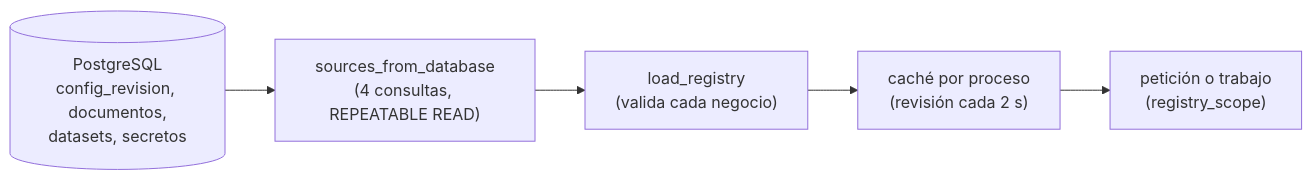
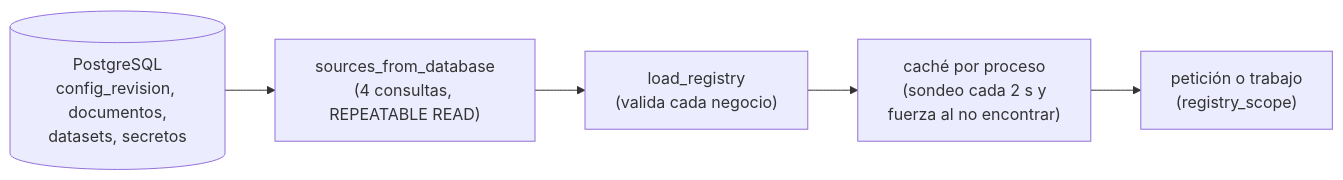
One commit to MarianodelRio/autobot changed the diagram in docs/arquitectura/config-y-registro.md. Above: the diagram before and after it, drawn with Mermaid. The commit also changed other lines of this file and 22 other files, not shown here.

````diff
--- a/docs/arquitectura/config-y-registro.md
+++ b/docs/arquitectura/config-y-registro.md
@@ -60,9 +65,9 @@
 ```mermaid
 flowchart LR
     DB[("PostgreSQL<br/>config_revision, documentos,<br/>datasets, secretos")]
     S["sources_from_database<br/>(4 consultas, REPEATABLE READ)"]
     R["load_registry<br/>(valida cada negocio)"]
-    C["caché por proceso<br/>(revisión cada 2 s)"]
+    C["caché por proceso<br/>(sondeo cada 2 s y<br/>fuerza al no encontrar)"]
     U["petición o trabajo<br/>(registry_scope)"]
     DB --> S --> R --> C --> U
 ```
````
